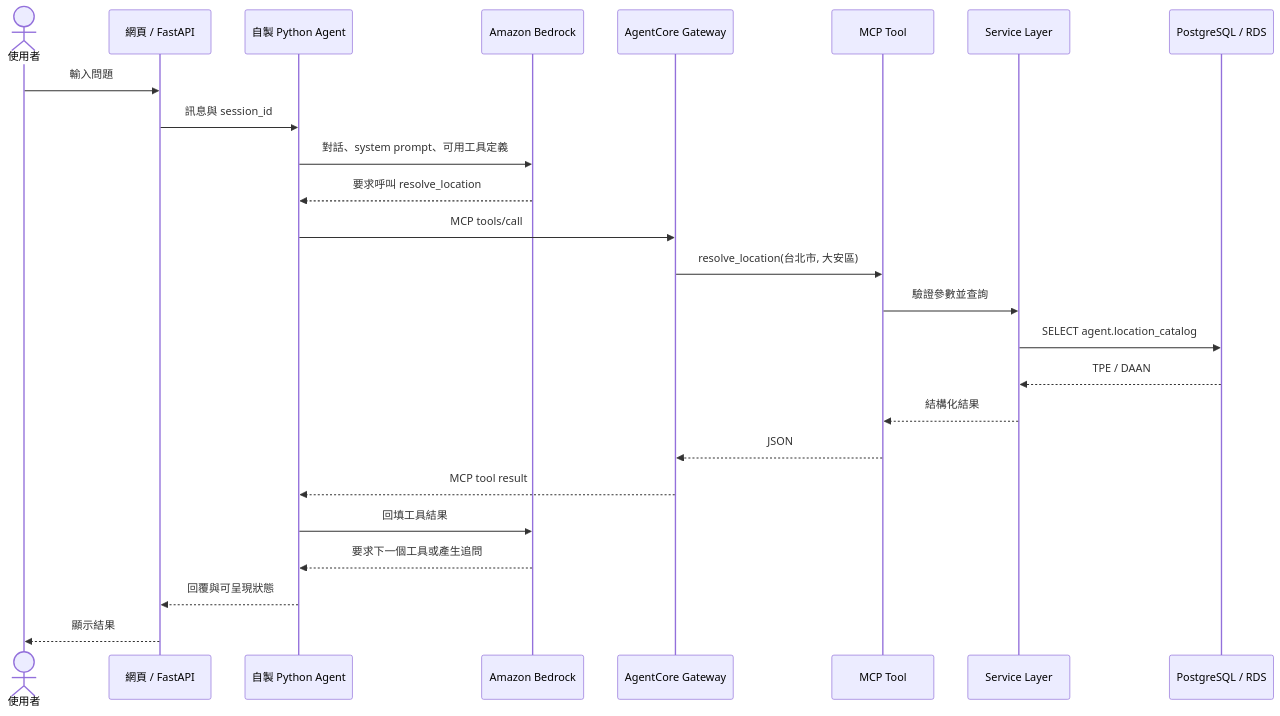
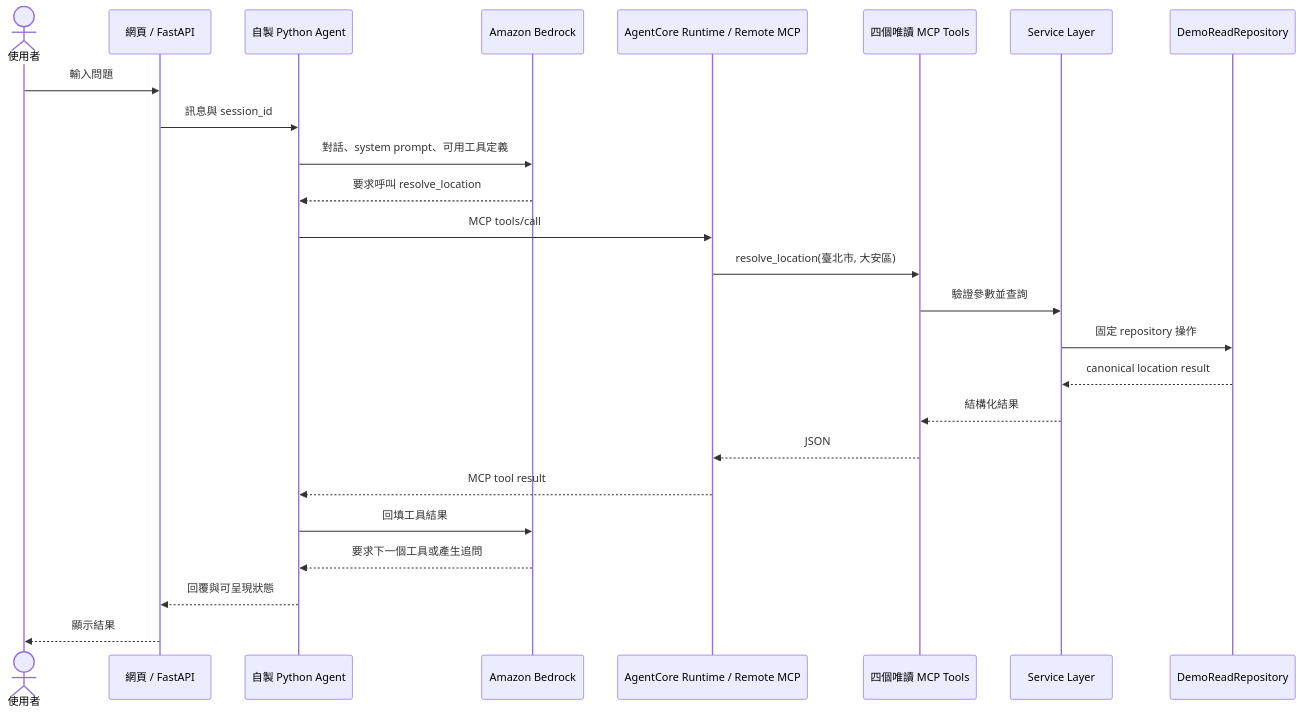
One commit to spicyhoney/nw_p changed the third of 4 diagrams in docs/architecture.md. Above: the diagram before and after it, drawn with Mermaid. The commit also changed other lines of this file and 3 other files, not shown here.

Commit message:
docs: refresh demo narrative and AWS architecture

````diff
--- a/docs/architecture.md
+++ b/docs/architecture.md
@@ -47,28 +99,28 @@
 ```mermaid
 sequenceDiagram
     actor User as 使用者
     participant Web as 網頁 / FastAPI
     participant Agent as 自製 Python Agent
     participant Model as Amazon Bedrock
-    participant Gateway as AgentCore Gateway
-    participant Tool as MCP Tool
+    participant Runtime as AgentCore Runtime / Remote MCP
+    participant Tool as 四個唯讀 MCP Tools
     participant Service as Service Layer
-    participant DB as PostgreSQL / RDS
+    participant Repo as DemoReadRepository
 
     User->>Web: 輸入問題
     Web->>Agent: 訊息與 session_id
     Agent->>Model: 對話、system prompt、可用工具定義
     Model-->>Agent: 要求呼叫 resolve_location
-    Agent->>Gateway: MCP tools/call
-    Gateway->>Tool: resolve_location(台北市, 大安區)
+    Agent->>Runtime: MCP tools/call
+    Runtime->>Tool: resolve_location(臺北市, 大安區)
     Tool->>Service: 驗證參數並查詢
-    Service->>DB: SELECT agent.location_catalog
-    DB-->>Service: TPE / DAAN
+    Service->>Repo: 固定 repository 操作
+    Repo-->>Service: canonical location result
     Service-->>Tool: 結構化結果
-    Tool-->>Gateway: JSON
-    Gateway-->>Agent: MCP tool result
+    Tool-->>Runtime: JSON
+    Runtime-->>Agent: MCP tool result
     Agent->>Model: 回填工具結果
     Model-->>Agent: 要求下一個工具或產生追問
     Agent-->>Web: 回覆與可呈現狀態
     Web-->>User: 顯示結果
 ```
````
